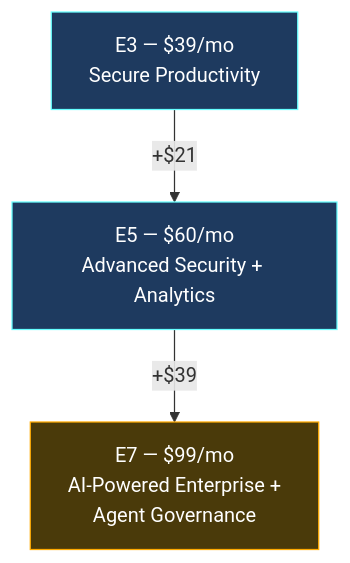
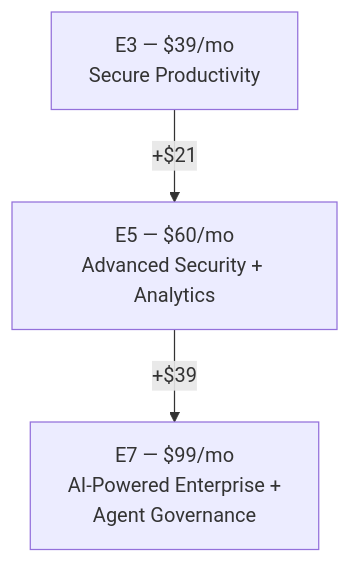
One commit to susanthgit/aguidetocloud-revamp changed the second of 4 diagrams in content/blog/microsoft-365-e7-frontier-suite-everything-you-need-to-know.md. Above: the diagram before and after it, drawn with Mermaid. The commit also changed other lines of this file and 553 other files, not shown here.

First line of the commit message:
🌸 Z17: Zen Mermaid diagrams — Stripe Docs style

````diff
--- a/content/blog/microsoft-365-e7-frontier-suite-everything-you-need-to-know.md
+++ b/content/blog/microsoft-365-e7-frontier-suite-everything-you-need-to-know.md
@@ -133,8 +128,5 @@
 ```mermaid
 flowchart TD
     A["E3 — $39/mo<br/>Secure Productivity"] -->|"+$21"| B["E5 — $60/mo<br/>Advanced Security + Analytics"]
     B -->|"+$39"| C["E7 — $99/mo<br/>AI-Powered Enterprise +<br/>Agent Governance"]
-    style A fill:#1e3a5f,stroke:#66ffff,color:#ffffff
-    style B fill:#1e3a5f,stroke:#66ffff,color:#ffffff
-    style C fill:#4a3a0a,stroke:#ffaa00,color:#ffffff
 ```
````
